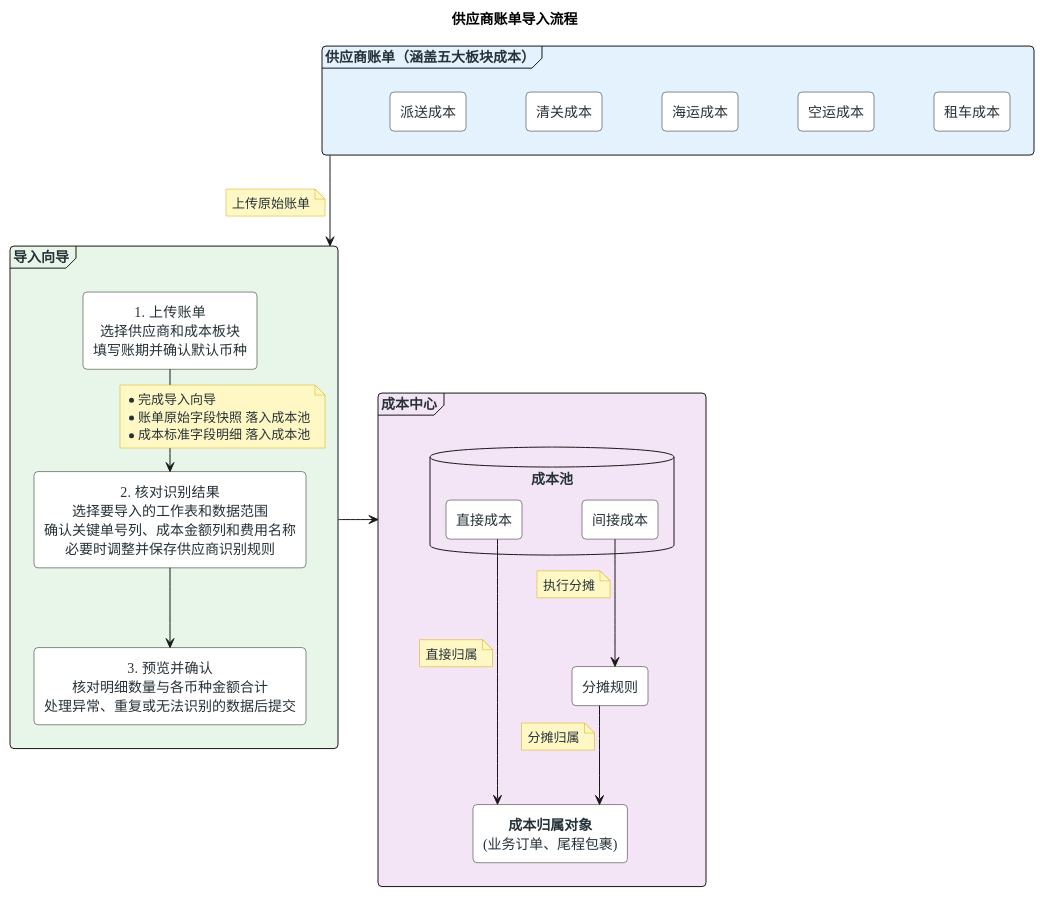
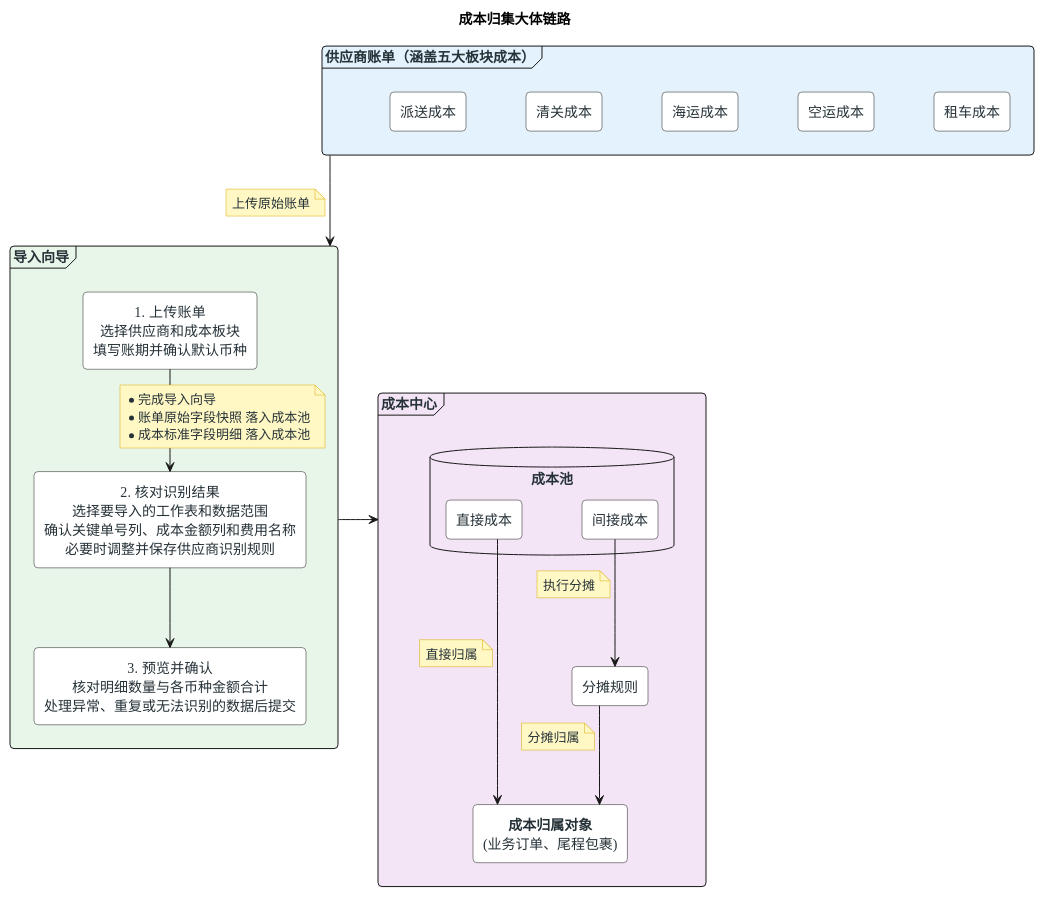
One commit to jack888332/projects-doc changed diagram 11 of 18 in product-caliber/bms/prd/财务系统.PRD.md. Above: the diagram before and after it, drawn with PlantUML. The commit also changed other lines of this file and 1 other file, not shown here.

````diff
--- a/product-caliber/bms/prd/财务系统.PRD.md
+++ b/product-caliber/bms/prd/财务系统.PRD.md
@@ -2699,6 +2701,6 @@
 ```plantuml
 @startuml
-title 供应商账单导入流程
+title 成本归集大体链路
 
 top to bottom direction
 
````
